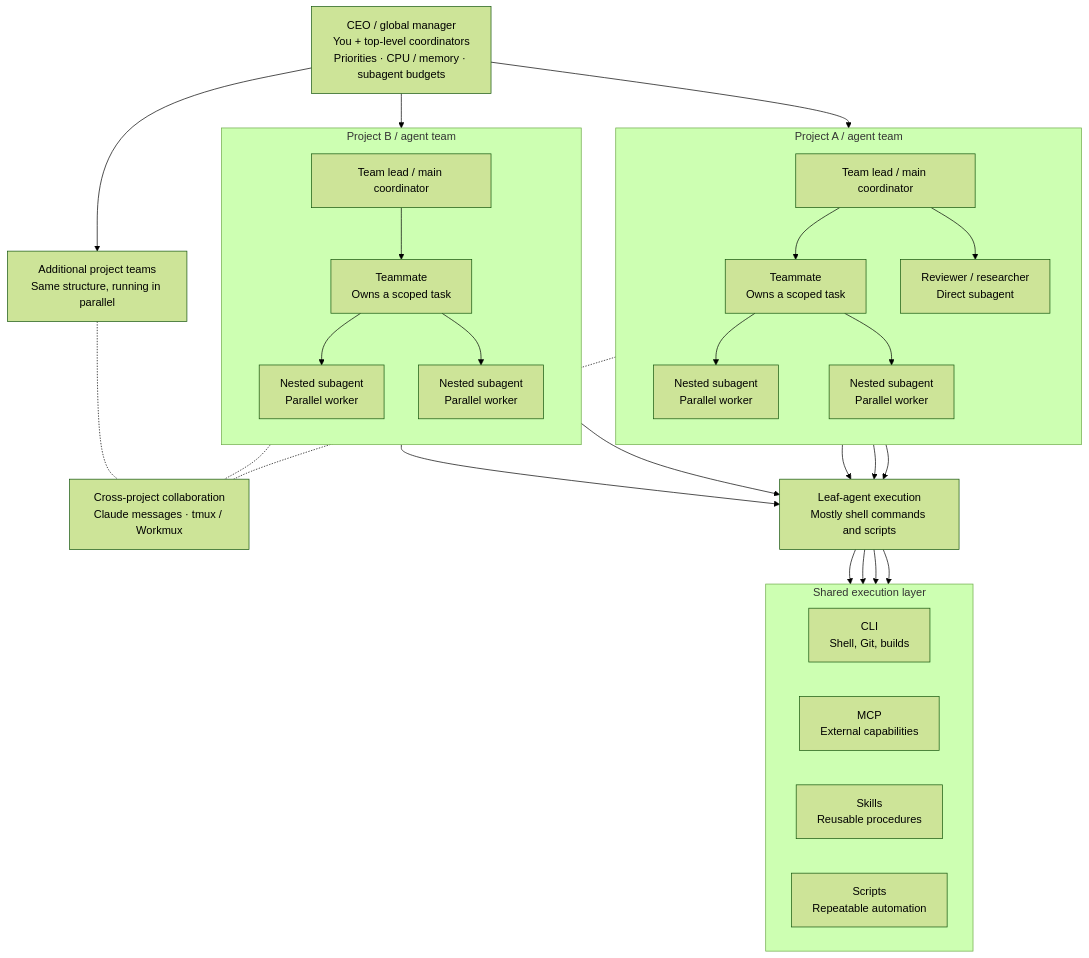
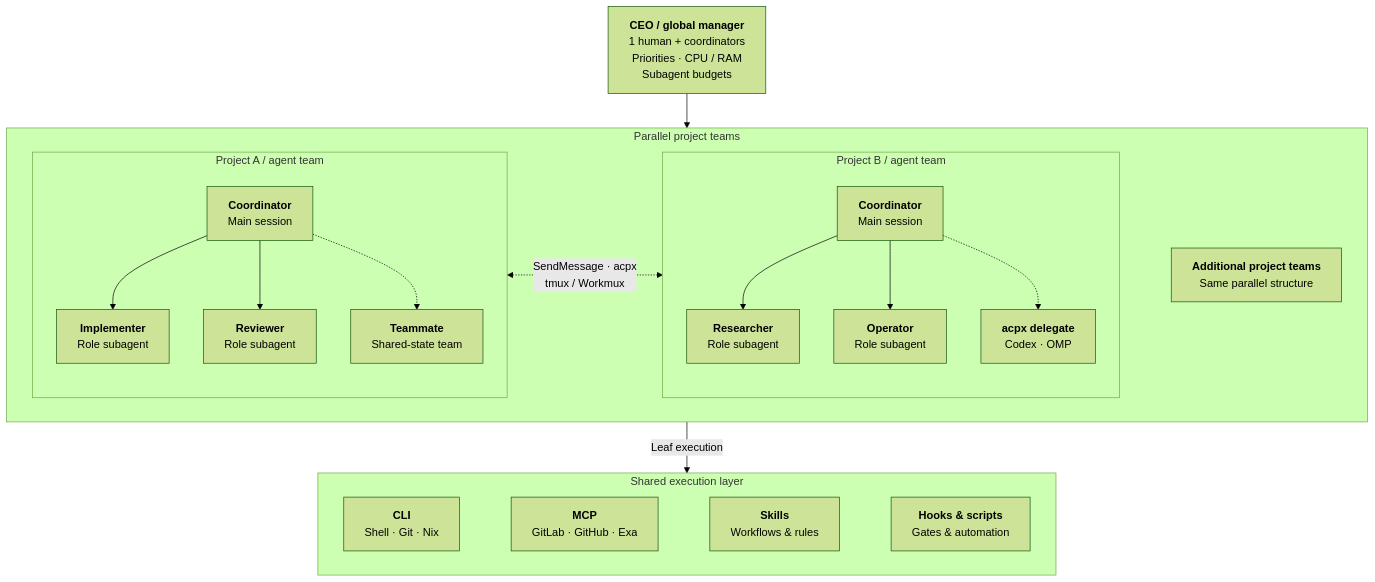
One commit to hakula139/nixos-config changed the diagram in docs/reference/agent-company.md. Above: the diagram before and after it, drawn with Mermaid (forest theme). The commit also changed other lines of this file and 6 other files, not shown here.

````diff
--- a/docs/reference/agent-company.md
+++ b/docs/reference/agent-company.md
@@ -3,57 +5,50 @@
 ```mermaid
 flowchart TD
-    ceo["CEO / global manager<br/>You + top-level coordinators<br/>Priorities · CPU / memory · subagent budgets"]
+    ceo["<b>CEO / global manager</b><br/>1 human + coordinators<br/>Priorities · CPU / RAM<br/>Subagent budgets"]
 
-    subgraph project_a["Project A / agent team"]
-        direction TB
-        lead_a["Team lead / main coordinator"]
-        teammate_a["Teammate<br/>Owns a scoped task"]
-        reviewer_a["Reviewer / researcher<br/>Direct subagent"]
-        worker_a1["Nested subagent<br/>Parallel worker"]
-        worker_a2["Nested subagent<br/>Parallel worker"]
+    subgraph teams["Parallel project teams"]
+        direction LR
 
-        lead_a --> teammate_a
-        lead_a --> reviewer_a
-        teammate_a --> worker_a1
-        teammate_a --> worker_a2
+        subgraph project_a["Project A / agent team"]
+            direction TB
+            coord_a["<b>Coordinator</b><br/>Main session"]
+            impl_a["<b>Implementer</b><br/>Role subagent"]
+            rev_a["<b>Reviewer</b><br/>Role subagent"]
+            mate_a["<b>Teammate</b><br/>Shared-state team"]
+
+            coord_a --> impl_a
+            coord_a --> rev_a
+            coord_a -.-> mate_a
+        end
+
+        subgraph project_b["Project B / agent team"]
+            direction TB
+            coord_b["<b>Coordinator</b><br/>Main session"]
+            res_b["<b>Researcher</b><br/>Role subagent"]
+            op_b["<b>Operator</b><br/>Role subagent"]
+            acpx_b["<b>acpx delegate</b><br/>Codex · OMP"]
+
+            coord_b --> res_b
+            coord_b --> op_b
+            coord_b -.-> acpx_b
+        end
+
+        more["<b>Additional project teams</b><br/>Same parallel structure"]
+
+        project_a <-.->|"SendMessage · acpx<br/>tmux / Workmux"| project_b
+        project_b ~~~ more
     end
-
-    subgraph project_b["Project B / agent team"]
-        direction TB
-        lead_b["Team lead / main coordinator"]
-        teammate_b["Teammate<br/>Owns a scoped task"]
-        worker_b1["Nested subagent<br/>Parallel worker"]
-        worker_b2["Nested subagent<br/>Parallel worker"]
-
-        lead_b --> teammate_b
-        teammate_b --> worker_b1
-        teammate_b --> worker_b2
-    end
-
-    more["Additional project teams<br/>Same structure, running in parallel"]
-    collaborate["Cross-project collaboration<br/>Claude messages · tmux / Workmux"]
-
-    ceo --> lead_a
-    ceo --> lead_b
-    ceo --> more
-
-    lead_a -.- collaborate
-    lead_b -.- collaborate
-    more -.- collaborate
-
-    worker_a1 & worker_a2 & reviewer_a & worker_b1 & worker_b2 --> execute
-    execute["Leaf-agent execution<br/>Mostly shell commands and scripts"]
 
     subgraph tools["Shared execution layer"]
         direction LR
-        cli["CLI<br/>Shell, Git, builds"]
-        mcp["MCP<br/>External capabilities"]
-        skills["Skills<br/>Reusable procedures"]
-        scripts["Scripts<br/>Repeatable automation"]
+        cli["<b>CLI</b><br/>Shell · Git · Nix"]
+        mcp["<b>MCP</b><br/>GitLab · GitHub · Exa"]
+        skills["<b>Skills</b><br/>Workflows & rules"]
+        scripts["<b>Hooks & scripts</b><br/>Gates & automation"]
+
+        cli ~~~ mcp ~~~ skills ~~~ scripts
     end
 
-    execute --> cli
-    execute --> mcp
-    execute --> skills
-    execute --> scripts
+    ceo --> teams
+    teams -->|"Leaf execution"| tools
 ```
````
